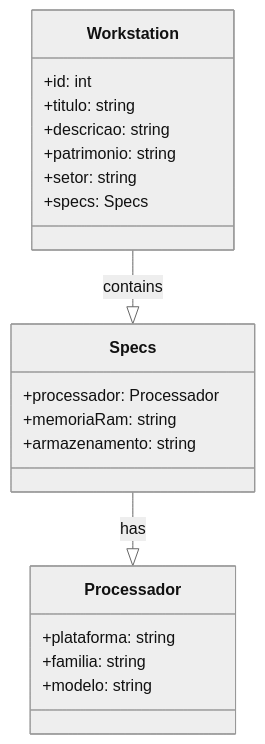
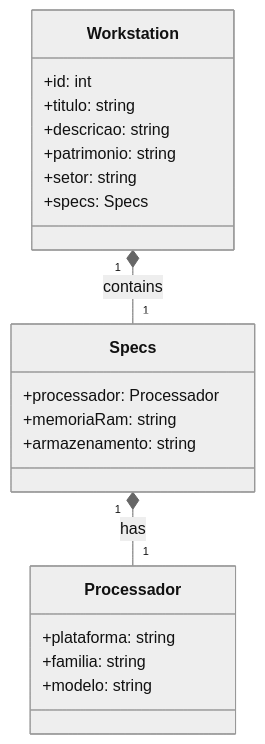
One commit to AlissonSilva07/projeto-api-rest-deploy changed the diagram in README.md. Above: the diagram before and after it, drawn with Mermaid (neutral theme).

Commit message:
Edit do diagrama de classes em Mermaid.

````diff
--- a/README.md
+++ b/README.md
@@ -5,26 +5,26 @@
 ```mermaid
 classDiagram
   class Workstation {
     +id: int
     +titulo: string
     +descricao: string
     +patrimonio: string
     +setor: string
     +specs: Specs
   }
 
   class Specs {
     +processador: Processador
     +memoriaRam: string
     +armazenamento: string
   }
 
   class Processador {
     +plataforma: string
     +familia: string
     +modelo: string
   }
 
-  Workstation --|> Specs : contains
-  Specs --|> Processador : has
+  Workstation "1" *-- "1" Specs : contains
+  Specs "1" *-- "1" Processador : has
 ```
````
